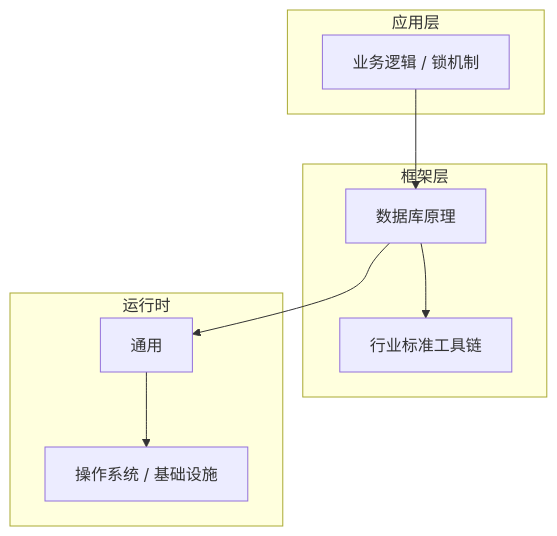
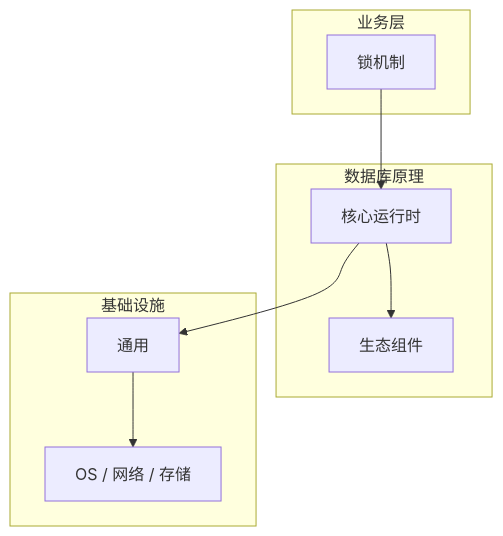
Before and after one commit to yanggan2015/knowledge-json-v2: the diagram in articles/数据库原理/chapters/051-锁机制核心概念与原理.md, drawn with Mermaid. The commit also changed other lines of this file and 10127 other files, not shown here.

````diff
--- a/articles/数据库原理/chapters/051-锁机制核心概念与原理.md
+++ b/articles/数据库原理/chapters/051-锁机制核心概念与原理.md
@@ -45,18 +34,18 @@
 ```mermaid
 graph TB
-    subgraph 应用层
-        A[业务逻辑 / 锁机制]
+    subgraph 业务层
+        A[锁机制]
     end
-    subgraph 框架层
-        B[数据库原理]
-        C[行业标准工具链]
+    subgraph 数据库原理
+        B[核心运行时]
+        C[生态组件]
     end
-    subgraph 运行时
+    subgraph 基础设施
         D[通用]
-        E[操作系统 / 基础设施]
+        E[OS / 网络 / 存储]
     end
     A --> B
     B --> C
     B --> D
     D --> E
 ```
````
